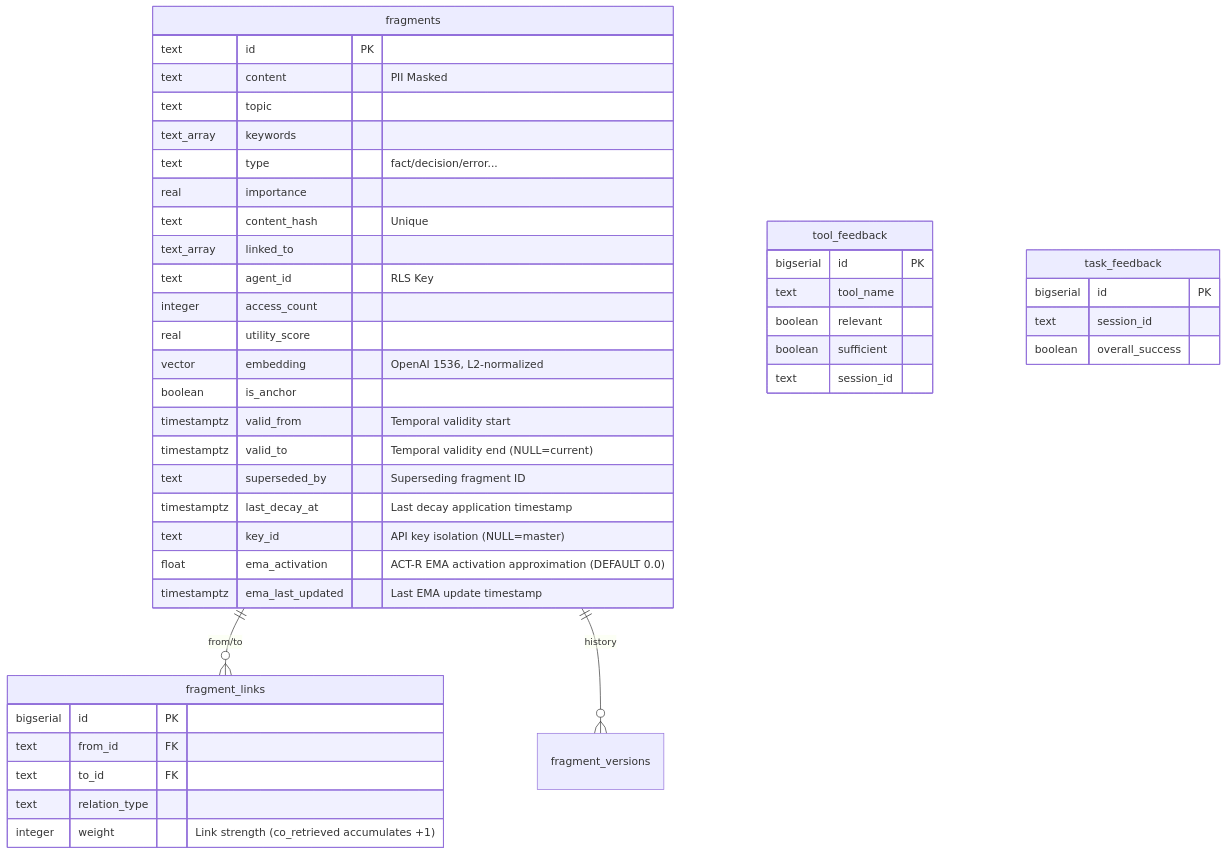
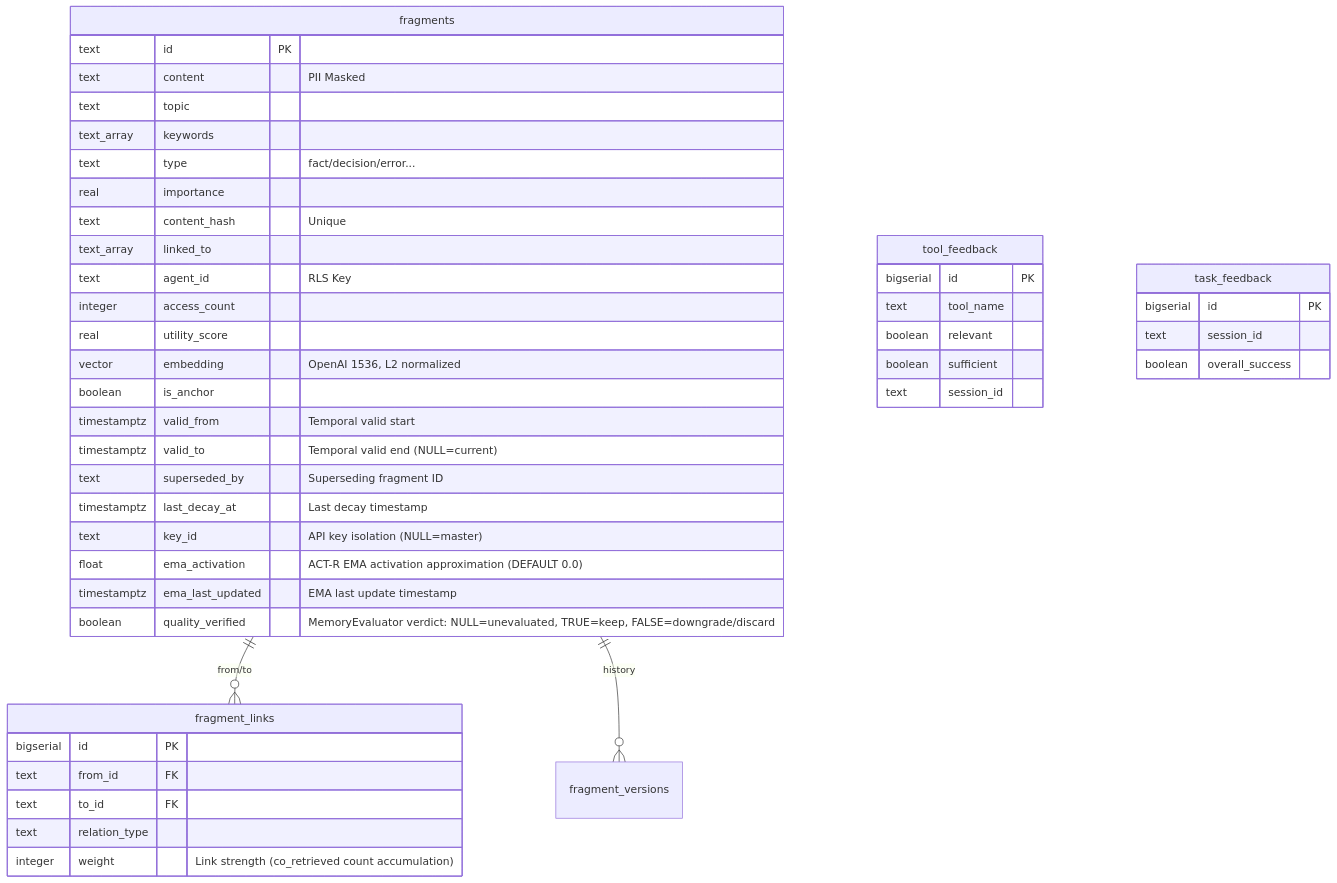
Before and after one commit to pkkgh1519/memento-mcp: the diagram in README.en.md, drawn with Mermaid. The commit also changed other lines of this file, not shown here.

````diff
--- a/README.en.md
+++ b/README.en.md
@@ -293,46 +269,47 @@
 ```mermaid
 erDiagram
     fragments ||--o{ fragment_links : "from/to"
     fragments ||--o{ fragment_versions : "history"
     fragments {
         text id PK
         text content "PII Masked"
         text topic
         text_array keywords
         text type "fact/decision/error..."
         real importance
         text content_hash "Unique"
         text_array linked_to
         text agent_id "RLS Key"
         integer access_count
         real utility_score
-        vector embedding "OpenAI 1536, L2-normalized"
+        vector embedding "OpenAI 1536, L2 normalized"
         boolean is_anchor
-        timestamptz valid_from "Temporal validity start"
-        timestamptz valid_to "Temporal validity end (NULL=current)"
+        timestamptz valid_from "Temporal valid start"
+        timestamptz valid_to "Temporal valid end (NULL=current)"
         text superseded_by "Superseding fragment ID"
-        timestamptz last_decay_at "Last decay application timestamp"
+        timestamptz last_decay_at "Last decay timestamp"
         text key_id "API key isolation (NULL=master)"
         float ema_activation "ACT-R EMA activation approximation (DEFAULT 0.0)"
-        timestamptz ema_last_updated "Last EMA update timestamp"
+        timestamptz ema_last_updated "EMA last update timestamp"
+        boolean quality_verified "MemoryEvaluator verdict: NULL=unevaluated, TRUE=keep, FALSE=downgrade/discard"
     }
     fragment_links {
         bigserial id PK
         text from_id FK
         text to_id FK
         text relation_type
-        integer weight "Link strength (co_retrieved accumulates +1)"
+        integer weight "Link strength (co_retrieved count accumulation)"
     }
     tool_feedback {
         bigserial id PK
         text tool_name
         boolean relevant
         boolean sufficient
         text session_id
     }
     task_feedback {
         bigserial id PK
         text session_id
         boolean overall_success
     }
 ```
````
